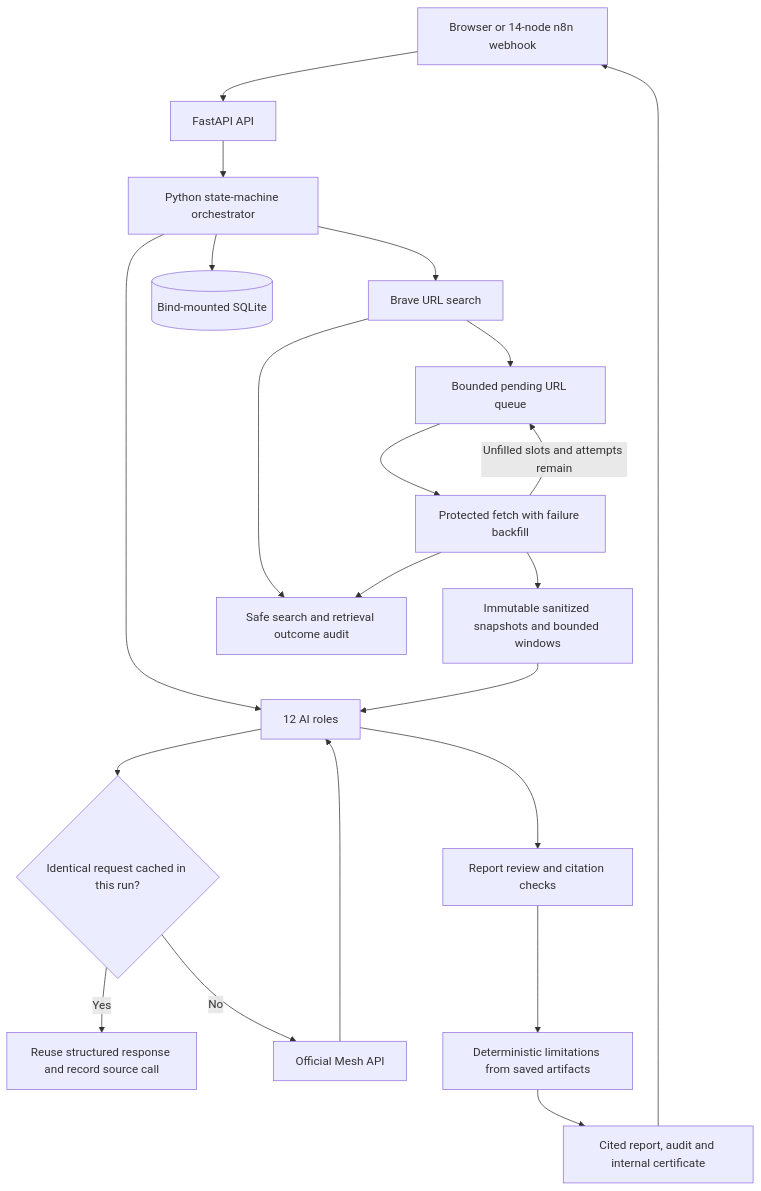
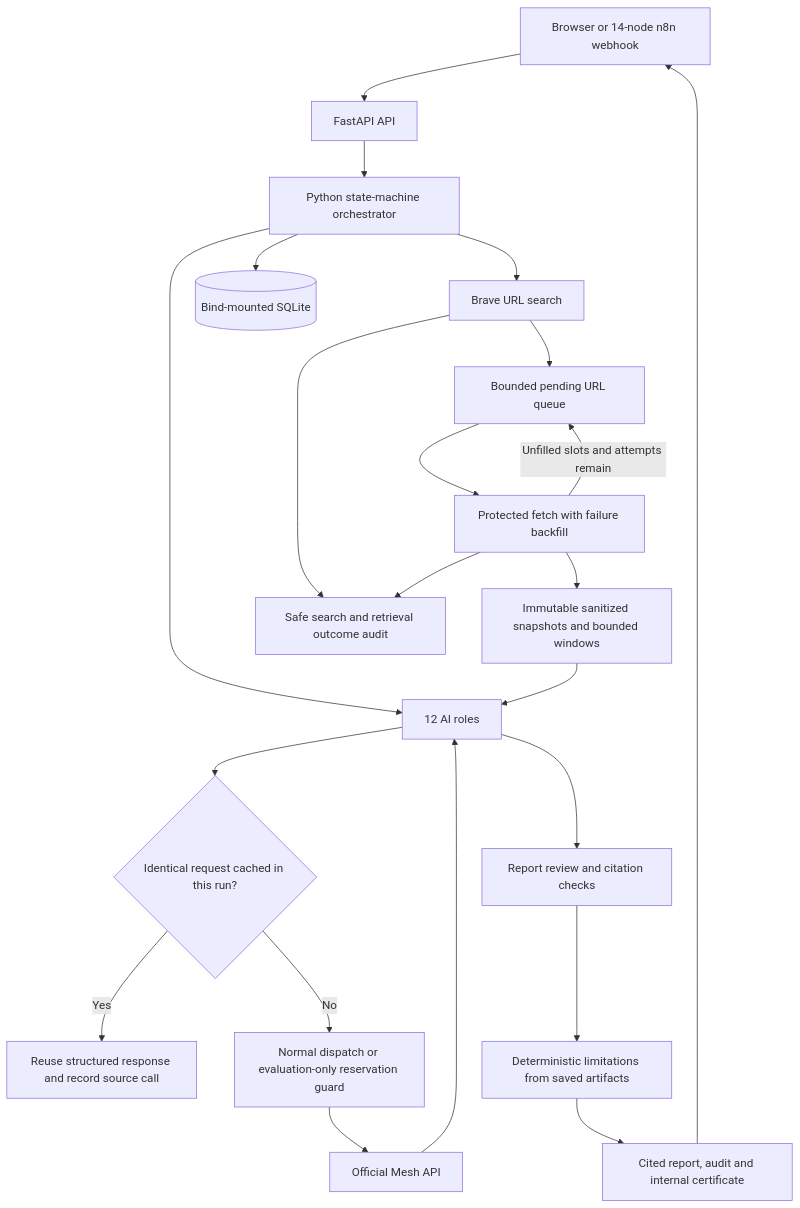
One commit to seelamramesh/deepdive changed the first of 5 diagrams in README.md. Above: the diagram before and after it, drawn with Mermaid. The commit also changed other lines of this file and 13 other files, not shown here.

````diff
--- a/README.md
+++ b/README.md
@@ -9,23 +24,24 @@
 ```mermaid
 flowchart TD
     U[Browser or 14-node n8n webhook] --> API[FastAPI API]
     API --> O[Python state-machine orchestrator]
     O --> R[12 AI roles]
     R --> C{Identical request cached in this run?}
     C -->|Yes| REUSE[Reuse structured response and record source call]
-    C -->|No| M[Official Mesh API]
+    C -->|No| G[Normal dispatch or evaluation-only reservation guard]
+    G --> M[Official Mesh API]
     M --> R
     O --> S[Brave URL search]
     S --> Q[Bounded pending URL queue]
     Q --> F[Protected fetch with failure backfill]
     F -->|Unfilled slots and attempts remain| Q
     F --> SNAP[Immutable sanitized snapshots and bounded windows]
     S --> HTTP[Safe search and retrieval outcome audit]
     F --> HTTP
     SNAP --> R
     O --> DB[(Bind-mounted SQLite)]
     R --> V[Report review and citation checks]
     V --> LIMITS[Deterministic limitations from saved artifacts]
     LIMITS --> OUT[Cited report, audit and internal certificate]
     OUT --> U
 ```
````
